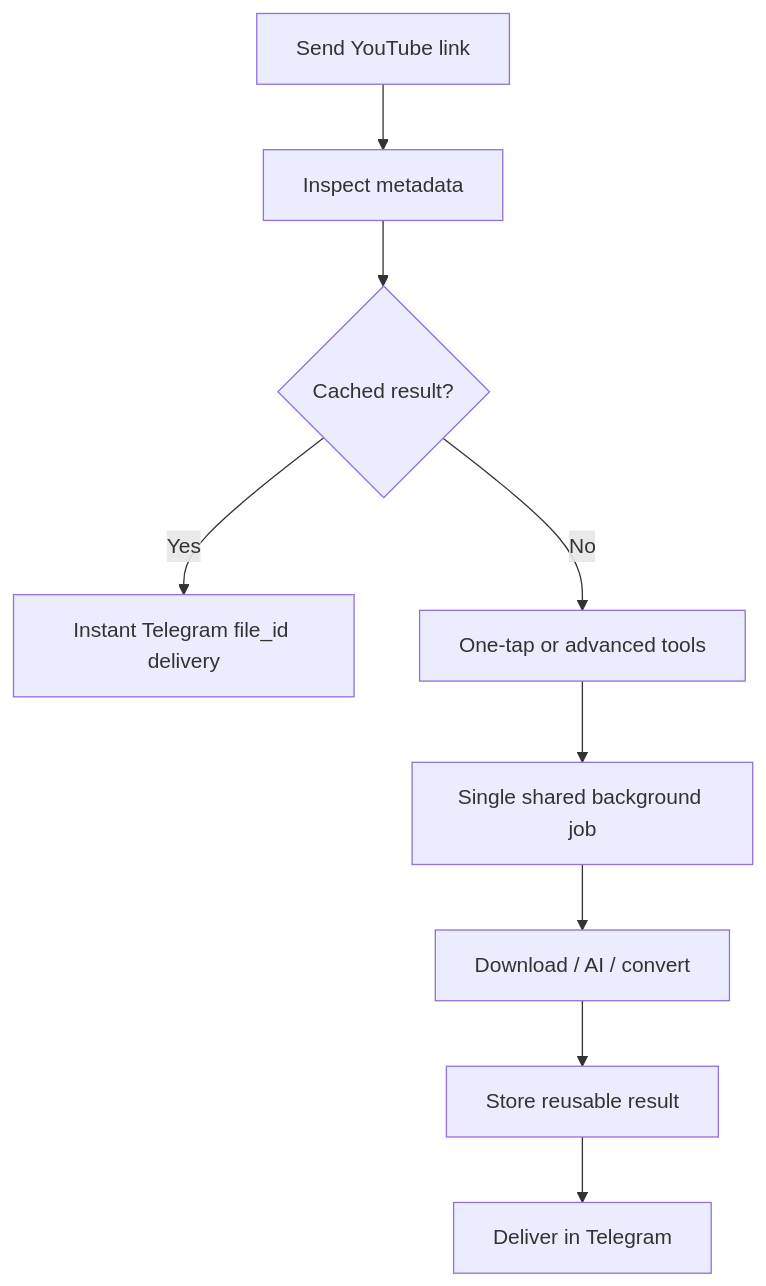
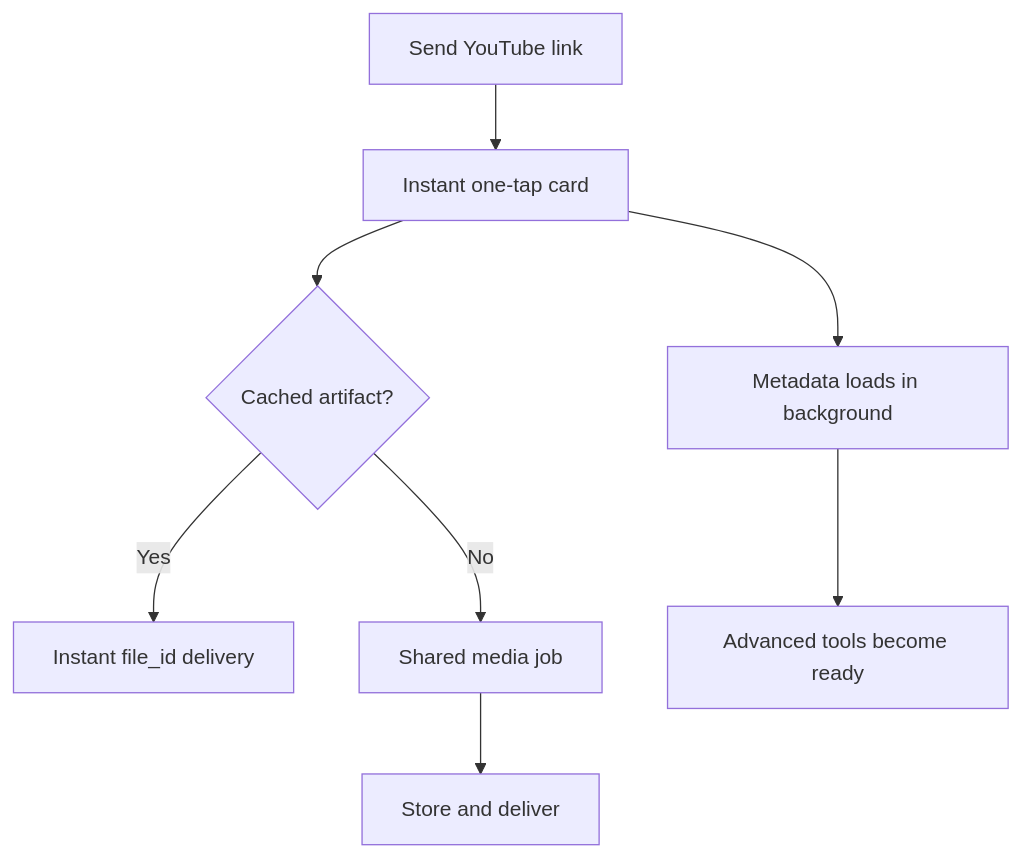
The first of 2 diagrams in README.md (aminov-nurmuhammad/TubeForge-Bot), drawn with Mermaid before and after one commit. The commit also changed other lines of this file and 31 other files, not shown here.

Commit message:
feat: rebuild TubeForge around instant delivery

````diff
--- a/README.md
+++ b/README.md
@@ -125,11 +128,10 @@
 ```mermaid
 flowchart TD
-    A["Send YouTube link"] --> B["Inspect metadata"]
-    B --> C{"Cached result?"}
-    C -->|Yes| D["Instant Telegram file_id delivery"]
-    C -->|No| E["One-tap or advanced tools"]
-    E --> F["Single shared background job"]
-    F --> G["Download / AI / convert"]
-    G --> H["Store reusable result"]
-    H --> I["Deliver in Telegram"]
+    A["Send YouTube link"] --> B["Instant one-tap card"]
+    B --> C["Metadata loads in background"]
+    B --> D{"Cached artifact?"}
+    D -->|Yes| E["Instant file_id delivery"]
+    D -->|No| F["Shared media job"]
+    F --> G["Store and deliver"]
+    C --> H["Advanced tools become ready"]
 ```
````
